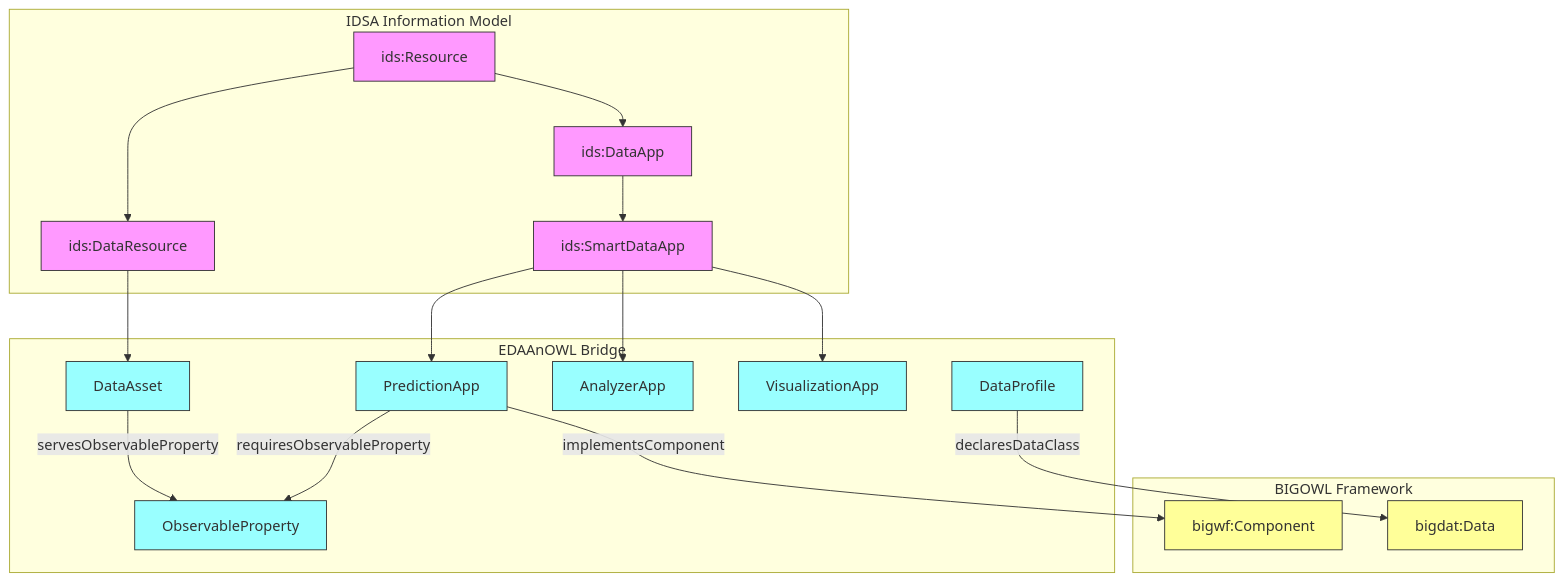
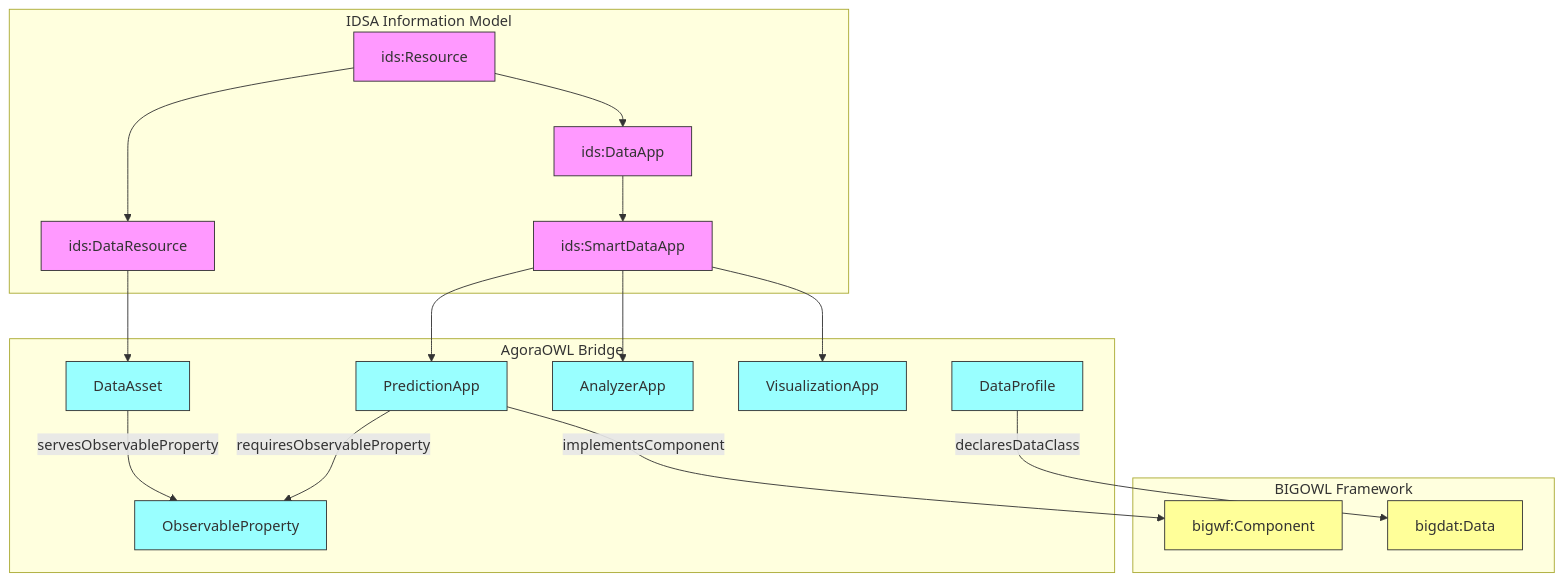
Before and after one commit to KhaosResearch/EDAAnOWL: the diagram in src/0.2.0/README.md, drawn with Mermaid. The commit also changed other lines of this file and 273 other files, not shown here.

Commit message:
chore: rename EDAAnOWL files/assets to AgoraOWL

````diff
--- a/src/0.2.0/README.md
+++ b/src/0.2.0/README.md
@@ -13,44 +13,44 @@
 ```mermaid
 graph TD
     subgraph IDSA[IDSA Information Model]
         IDS[ids:Resource]
         DR[ids:DataResource]
         DA[ids:DataApp]
         SDA[ids:SmartDataApp]
         IDS --> DR
         IDS --> DA
         DA --> SDA
     end
 
-    subgraph EDAAnOWL[EDAAnOWL Bridge]
+    subgraph AgoraOWL[AgoraOWL Bridge]
         DAS[DataAsset]
         PA[PredictionApp]
         AA[AnalyzerApp]
         VA[VisualizationApp]
         DP[DataProfile]
         OP[ObservableProperty]
         DR --> DAS
         SDA --> PA
         SDA --> AA
         SDA --> VA
     end
 
     subgraph BIGOWL[BIGOWL Framework]
         BC[bigwf:Component]
         BD[bigdat:Data]
     end
 
     %% Semantic Links
     DAS -- servesObservableProperty --> OP
     PA -- requiresObservableProperty --> OP
     PA -- implementsComponent --> BC
     DP -- declaresDataClass --> BD
 
     classDef idsa fill:#f9f,stroke:#333
-    classDef edaan fill:#9ff,stroke:#333
+    classDef agoraowl fill:#9ff,stroke:#333
     classDef bigowl fill:#ff9,stroke:#333
 
     class IDS,DR,DA,SDA idsa
-    class DAS,PA,AA,VA,DP,OP edaan
+    class DAS,PA,AA,VA,DP,OP agoraowl
     class BC,BD bigowl
 ```
````
